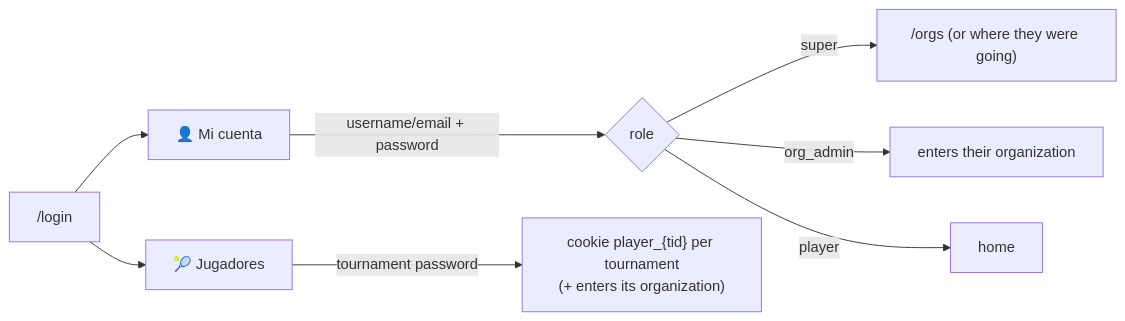
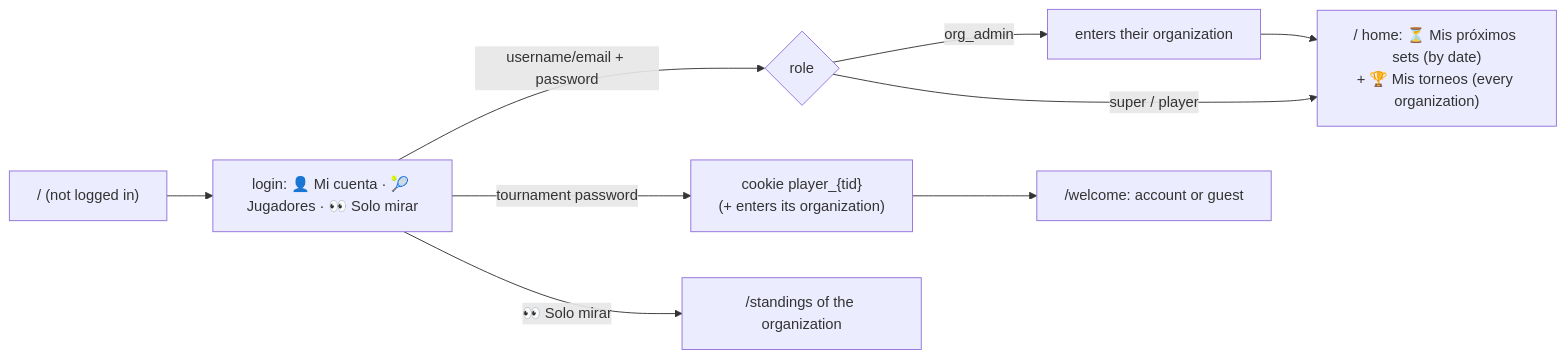
The first of 4 diagrams in docs/processes/USERS.md (Sorrycion/PadelScore), drawn with Mermaid before and after one commit. The commit also changed other lines of this file and 13 other files, not shown here.

First line of the commit message:
Home is the login, then your next sets and tournaments; results only via Edit

````diff
--- a/docs/processes/USERS.md
+++ b/docs/processes/USERS.md
@@ -16,10 +16,9 @@
 ```mermaid
 flowchart LR
-    L["/login"] --> A[👤 Mi cuenta]
-    L --> P[🎾 Jugadores]
-    A -- username/email + password --> U{role}
-    U -- super --> S["/orgs (or where they were going)"]
-    U -- org_admin --> O[enters their organization]
-    U -- player --> H[home]
-    P -- tournament password --> G["cookie player_{tid} per tournament<br/>(+ enters its organization)"]
+    R["/ (not logged in)"] --> L["login: 👤 Mi cuenta · 🎾 Jugadores · 👀 Solo mirar"]
+    L -- username/email + password --> U{role}
+    U -- org_admin --> O["enters their organization"] --> H
+    U -- "super / player" --> H["/ home: ⏳ Mis próximos sets (by date)<br/>+ 🏆 Mis torneos (every organization)"]
+    L -- tournament password --> G["cookie player_{tid}<br/>(+ enters its organization)"] --> W["/welcome: account or guest"]
+    L -- "👀 Solo mirar" --> V["/standings of the organization"]
 ```
````
